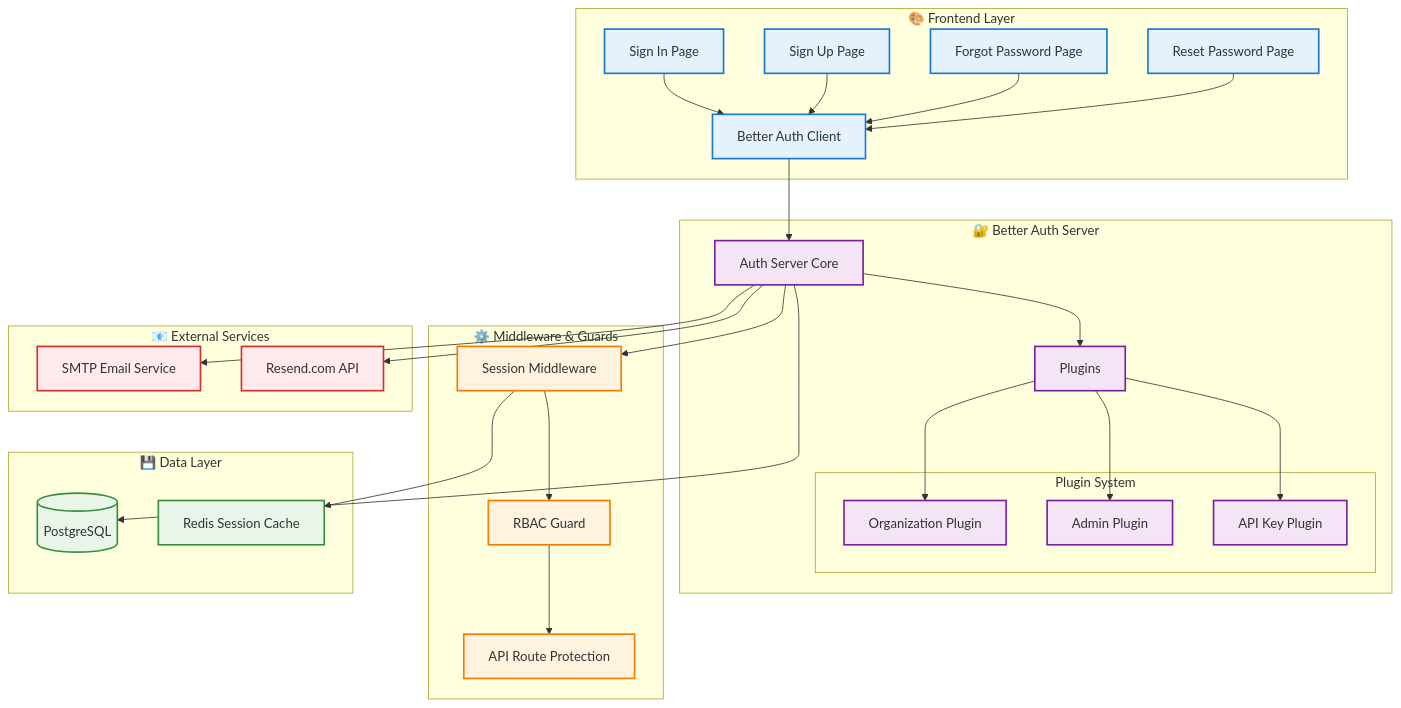
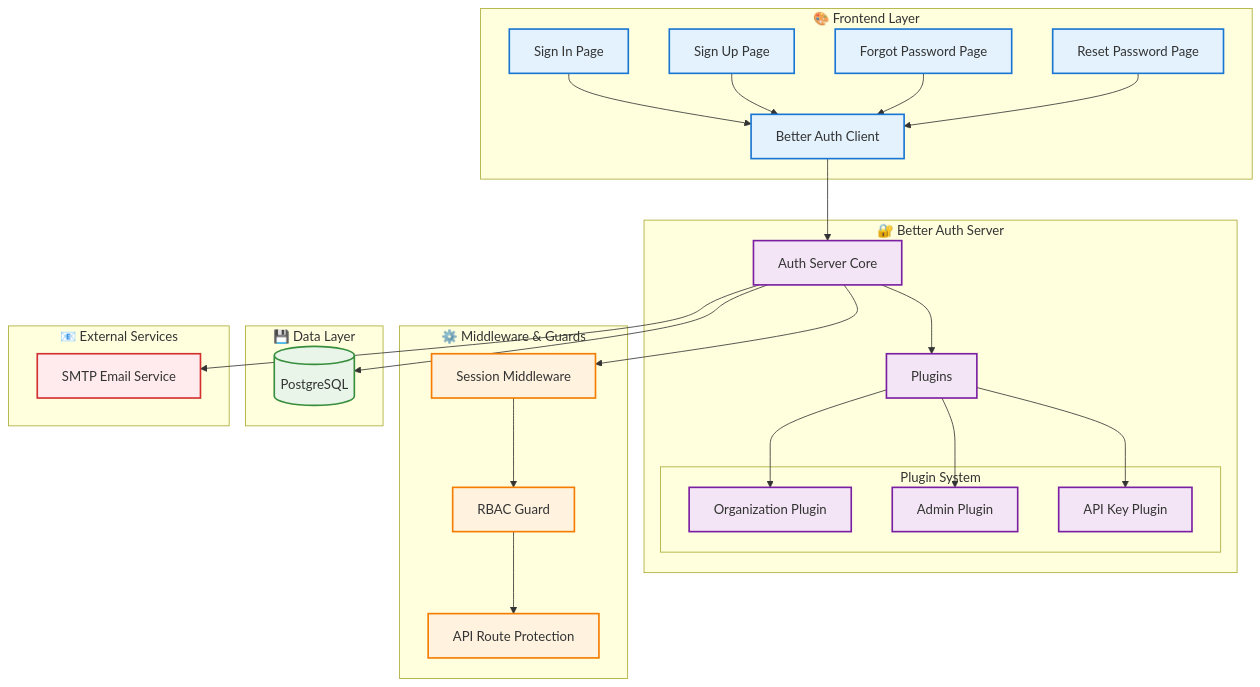
The first of 15 diagrams in specs/02-authentication/AUTHENTICATION_SYSTEM.md (supercheck-io/supercheck), drawn with Mermaid before and after one commit. The commit also changed other lines of this file and 69 other files, not shown here.

````diff
--- a/specs/02-authentication/AUTHENTICATION_SYSTEM.md
+++ b/specs/02-authentication/AUTHENTICATION_SYSTEM.md
@@ -23,63 +23,59 @@
 ```mermaid
 graph TB
     subgraph "🎨 Frontend Layer"
         UI1[Sign In Page]
         UI2[Sign Up Page]
         UI3[Forgot Password Page]
         UI4[Reset Password Page]
         CLIENT[Better Auth Client]
     end
 
     subgraph "🔐 Better Auth Server"
         SERVER[Auth Server Core]
         PLUGINS[Plugins]
 
         subgraph "Plugin System"
             ORG[Organization Plugin]
             ADMIN[Admin Plugin]
             APIKEY[API Key Plugin]
         end
     end
 
     subgraph "⚙️ Middleware & Guards"
         MW1[Session Middleware]
         MW2[RBAC Guard]
         MW3[API Route Protection]
     end
 
     subgraph "💾 Data Layer"
         DB[(PostgreSQL)]
-        CACHE[Redis Session Cache]
     end
 
     subgraph "📧 External Services"
         SMTP[SMTP Email Service]
-        RESEND[Resend.com API]
     end
 
     UI1 & UI2 & UI3 & UI4 --> CLIENT
     CLIENT --> SERVER
     SERVER --> PLUGINS
     PLUGINS --> ORG & ADMIN & APIKEY
 
     SERVER --> MW1
     MW1 --> MW2
     MW2 --> MW3
 
     SERVER --> DB
-    MW1 --> CACHE
     SERVER --> SMTP
-    SERVER --> RESEND
 
     classDef frontend fill:#e3f2fd,stroke:#1976d2,stroke-width:2px
     classDef auth fill:#f3e5f5,stroke:#7b1fa2,stroke-width:2px
     classDef middleware fill:#fff3e0,stroke:#f57c00,stroke-width:2px
     classDef data fill:#e8f5e8,stroke:#388e3c,stroke-width:2px
     classDef external fill:#ffebee,stroke:#d32f2f,stroke-width:2px
 
     class UI1,UI2,UI3,UI4,CLIENT frontend
     class SERVER,PLUGINS,ORG,ADMIN,APIKEY auth
     class MW1,MW2,MW3 middleware
-    class DB,CACHE data
-    class SMTP,RESEND external
+    class DB data
+    class SMTP external
 ```
````
